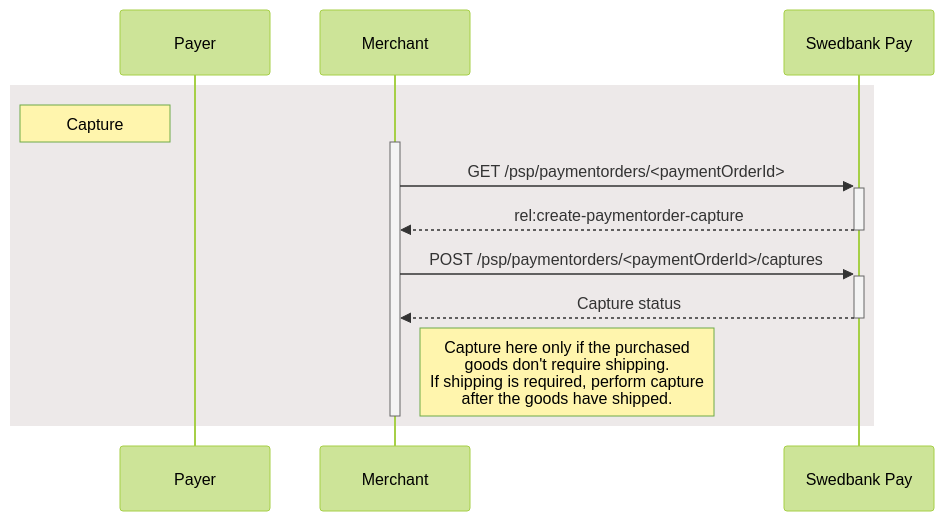
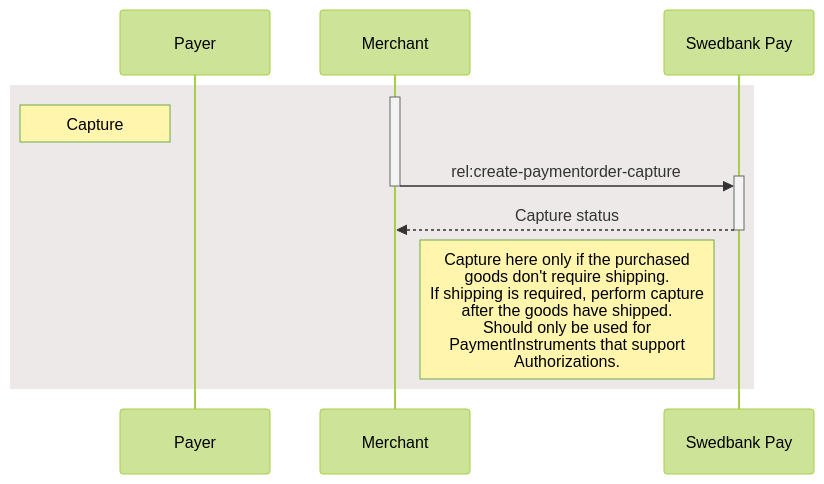
One commit to SwedbankPay/developer.swedbankpay.com changed the diagram in checkout/after-payment.md. Above: the diagram before and after it, drawn with Mermaid (forest theme). The commit also changed 3 other files, not shown here.

Commit message:
DX-332 updated sequence diagrams

````diff
--- a/checkout/after-payment.md
+++ b/checkout/after-payment.md
@@ -36,17 +36,15 @@
 ```mermaid
 sequenceDiagram
     participant Payer
     participant Merchant
     participant SwedbankPay as Swedbank Pay
 
     rect rgba(81,43,43,0.1)
+        activate Merchant
         note left of Payer: Capture
-        activate Merchant
-            Merchant ->>+ SwedbankPay: GET /psp/paymentorders/<paymentOrderId>
-                SwedbankPay -->>- Merchant: rel:create-paymentorder-capture
-            Merchant ->>+ SwedbankPay: POST /psp/paymentorders/<paymentOrderId>/captures
-                SwedbankPay -->>- Merchant: Capture status
-            note right of Merchant: Capture here only if the purchased<br/>goods don't require shipping.<br/>If shipping is required, perform capture<br/>after the goods have shipped.
+        Merchant ->>+ SwedbankPay: rel:create-paymentorder-capture
         deactivate Merchant
-    end
+        SwedbankPay -->>- Merchant: Capture status
+        note right of Merchant: Capture here only if the purchased<br/>goods don't require shipping.<br/>If shipping is required, perform capture<br/>after the goods have shipped.<br>Should only be used for <br>PaymentInstruments that support <br>Authorizations.
+        end
 ```
````
